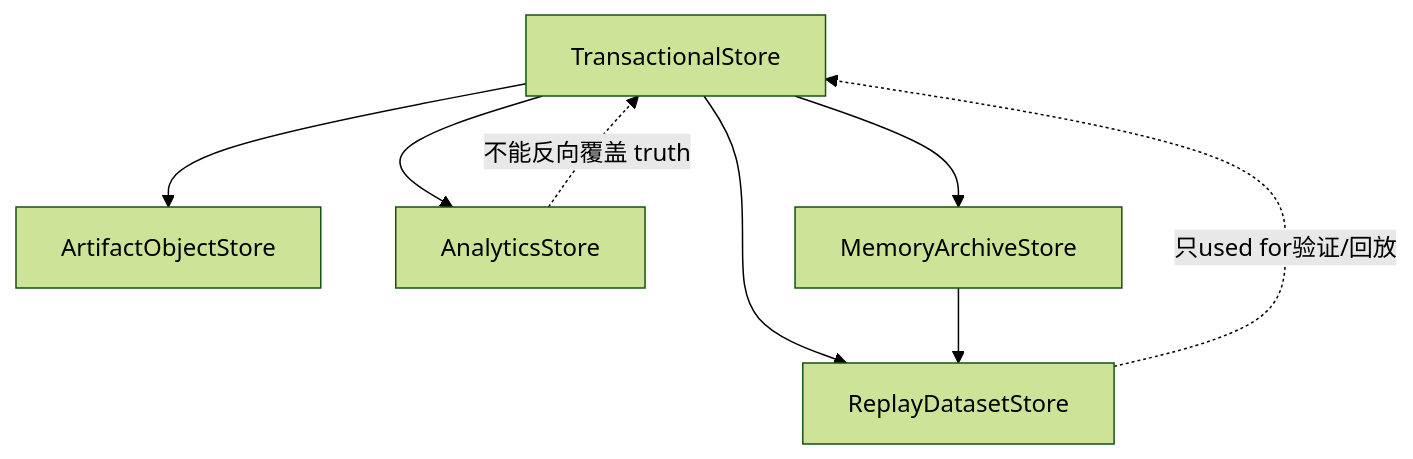
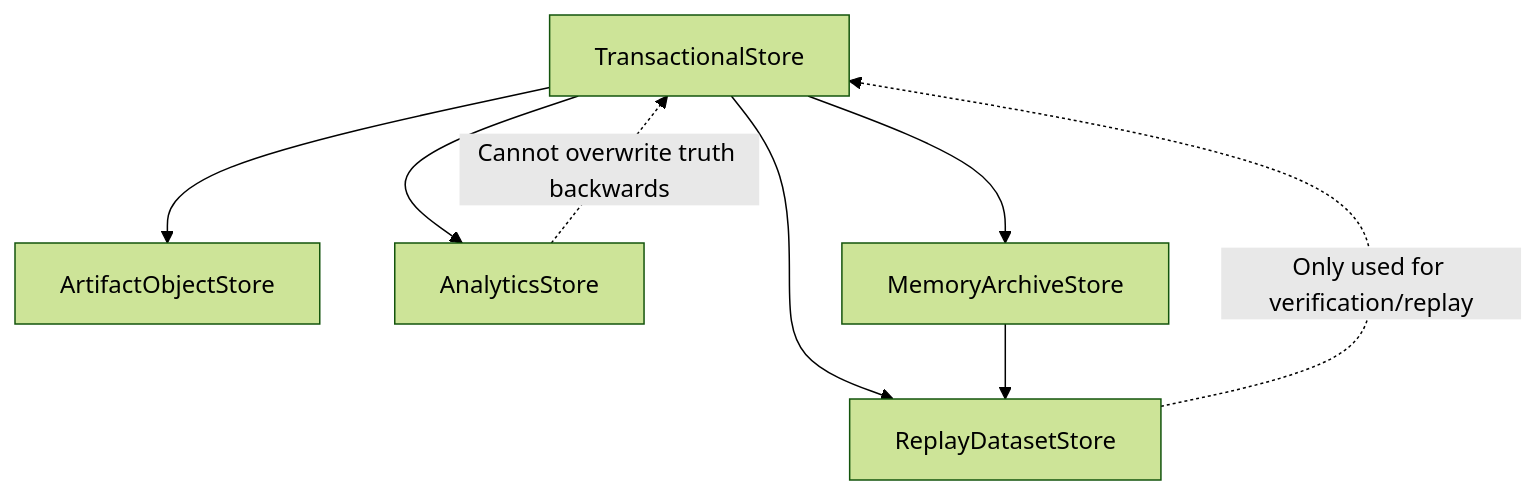
Before and after one commit to HoldenShen-hz/automatic-agent-platform: the first of 3 diagrams in docs_en/contracts/data_plane_contract.md, drawn with Mermaid (forest theme). The commit also changed other lines of this file and 128 other files, not shown here.

Commit message:
docs: update contracts README and platform architecture documentation

````diff
--- a/docs_en/contracts/data_plane_contract.md
+++ b/docs_en/contracts/data_plane_contract.md
@@ -48,10 +48,10 @@
 ```mermaid
 flowchart TD
     A["TransactionalStore"] --> B["ArtifactObjectStore"]
     A --> C["AnalyticsStore"]
     A --> D["MemoryArchiveStore"]
     A --> E["ReplayDatasetStore"]
     D --> E
-    C -. "不能反向覆盖 truth" .-> A
-    E -. "只used for验证/回放" .-> A
+    C -. "Cannot overwrite truth backwards" .-> A
+    E -. "Only used for verification/replay" .-> A
 ```
````
